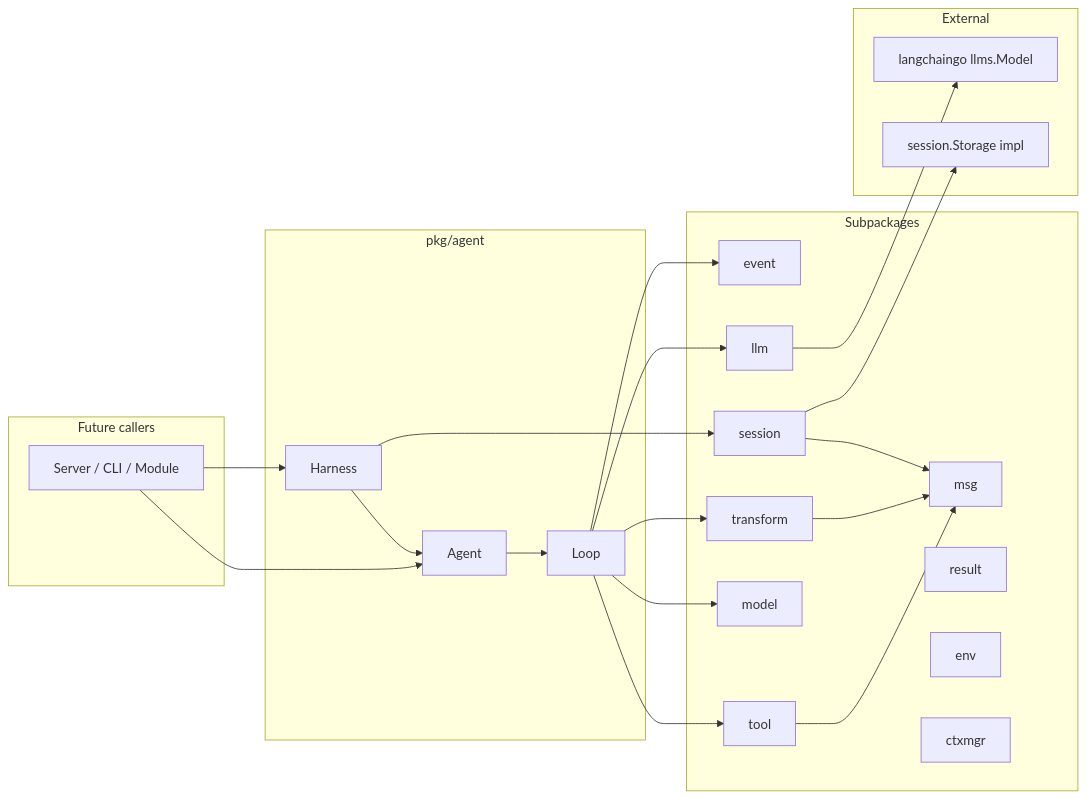
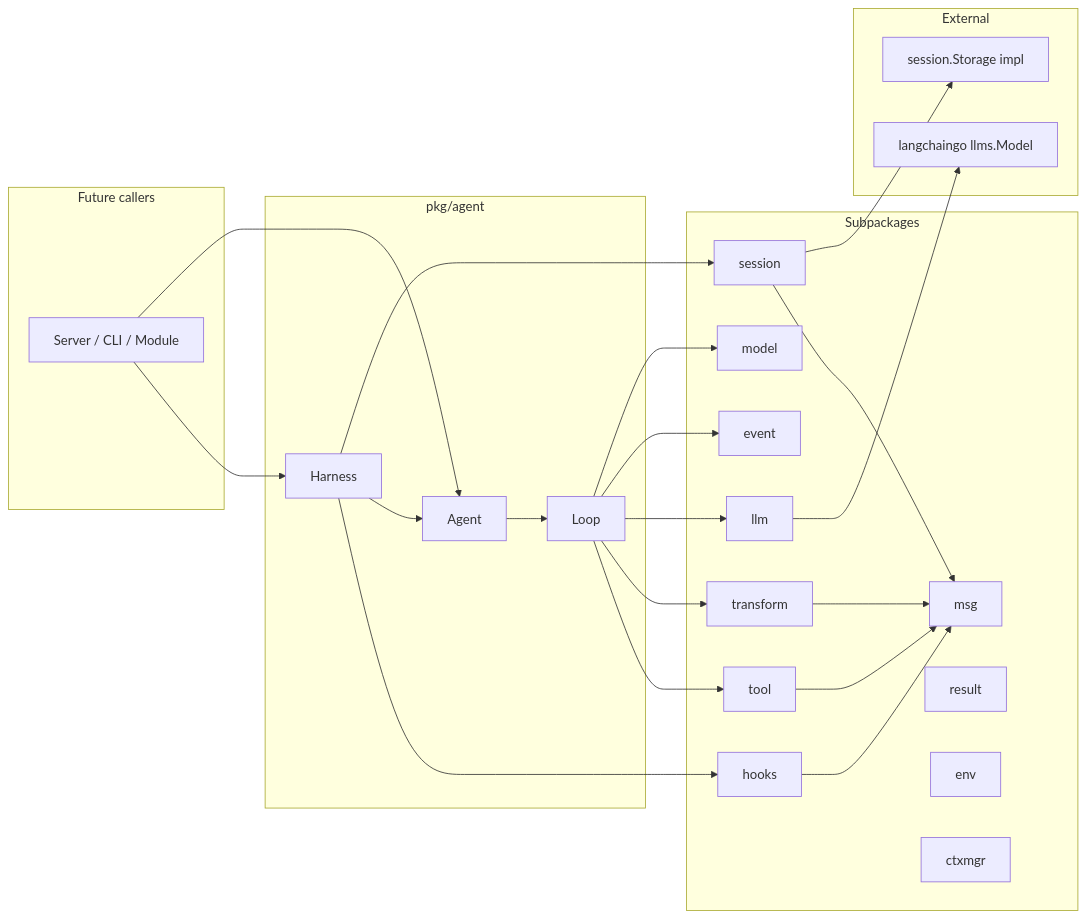
Before and after one commit to flowline-io/flowbot: the third of 4 diagrams in docs/agent/architecture.md, drawn with Mermaid. The commit also changed other lines of this file and 28 other files, not shown here.

First line of the commit message:
feat(hooks): enhance agent architecture with typed hooks and bridging

````diff
--- a/docs/agent/architecture.md
+++ b/docs/agent/architecture.md
@@ -220,46 +279,49 @@
 ```mermaid
 flowchart LR
   subgraph consumers [Future callers]
     App[Server / CLI / Module]
   end
 
   subgraph agentPkg [pkg/agent]
     Harness
     Agent
     Loop
   end
 
   subgraph sub [Subpackages]
     msg[msg]
     result[result]
     env[env]
     event[event]
+    hooks[hooks]
     tool[tool]
     transform[transform]
     session[session]
     ctxmgr[ctxmgr]
     model[model]
     llm[llm]
   end
 
   subgraph external [External]
     LangchainGo[langchaingo llms.Model]
     Storage[session.Storage impl]
   end
 
   App --> Harness
   App --> Agent
+  Harness --> hooks
   Harness --> Agent
+  hooks --> msg
   Agent --> Loop
   Loop --> tool
   Loop --> transform
   Loop --> llm
   Loop --> event
   Loop --> model
   tool --> msg
   transform --> msg
   session --> msg
   Harness --> session
   llm --> LangchainGo
   session --> Storage
 ```
````
